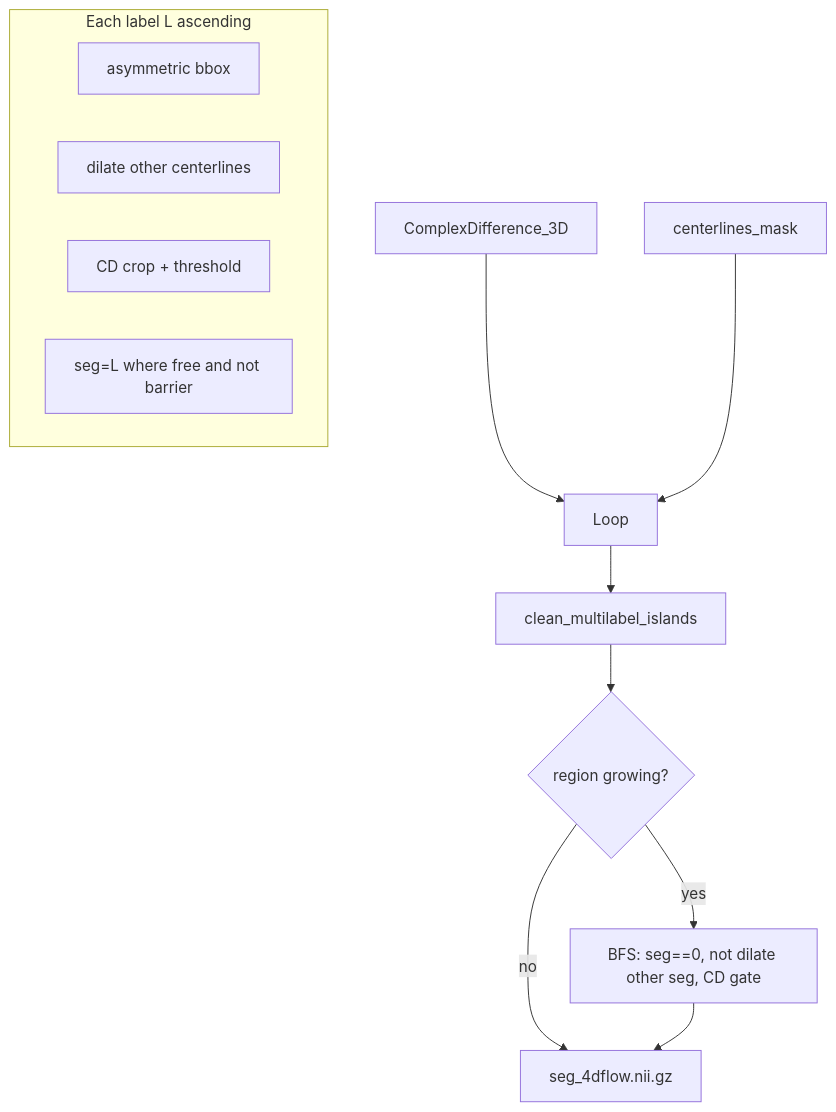
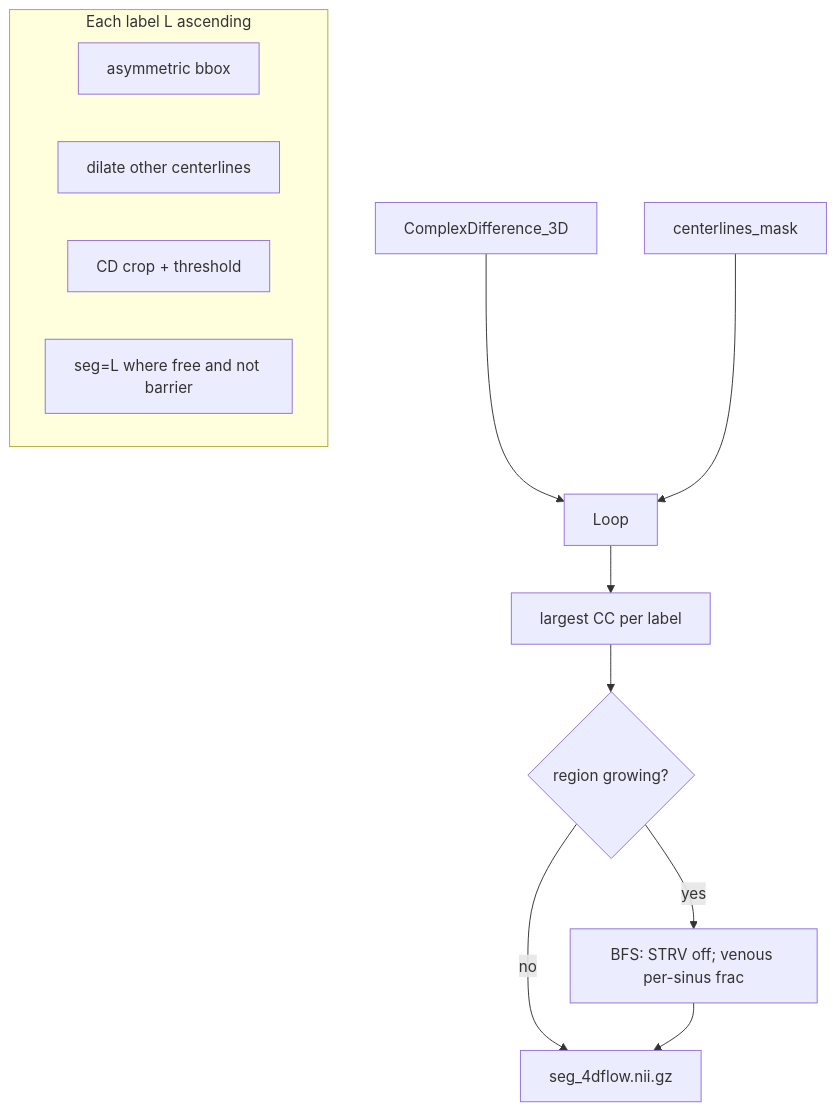
One commit to CNIC-Neuroimaging/Nvitk changed the third of 3 diagrams in notebooks/reports/qvtpy/methods.md. Above: the diagram before and after it, drawn with Mermaid. The commit also changed other lines of this file and 6 other files, not shown here.

````diff
--- a/notebooks/reports/qvtpy/methods.md
+++ b/notebooks/reports/qvtpy/methods.md
@@ -390,16 +400,16 @@
 ```mermaid
 flowchart TB
   CD[ComplexDifference_3D] --> Loop
   CLM[centerlines_mask] --> Loop
   subgraph perLabel [Each label L ascending]
     BBox[asymmetric bbox]
     BarrierCL[dilate other centerlines]
     Crop[CD crop + threshold]
     Paste["seg=L where free and not barrier"]
   end
-  Loop --> Clean[clean_multilabel_islands]
+  Loop --> Clean[largest CC per label]
   Clean --> RG{region growing?}
-  RG -->|yes| Grow["BFS: seg==0, not dilate other seg, CD gate"]
+  RG -->|yes| Grow["BFS: STRV off; venous per-sinus frac"]
   RG -->|no| Out[seg_4dflow.nii.gz]
   Grow --> Out
 ```
````
